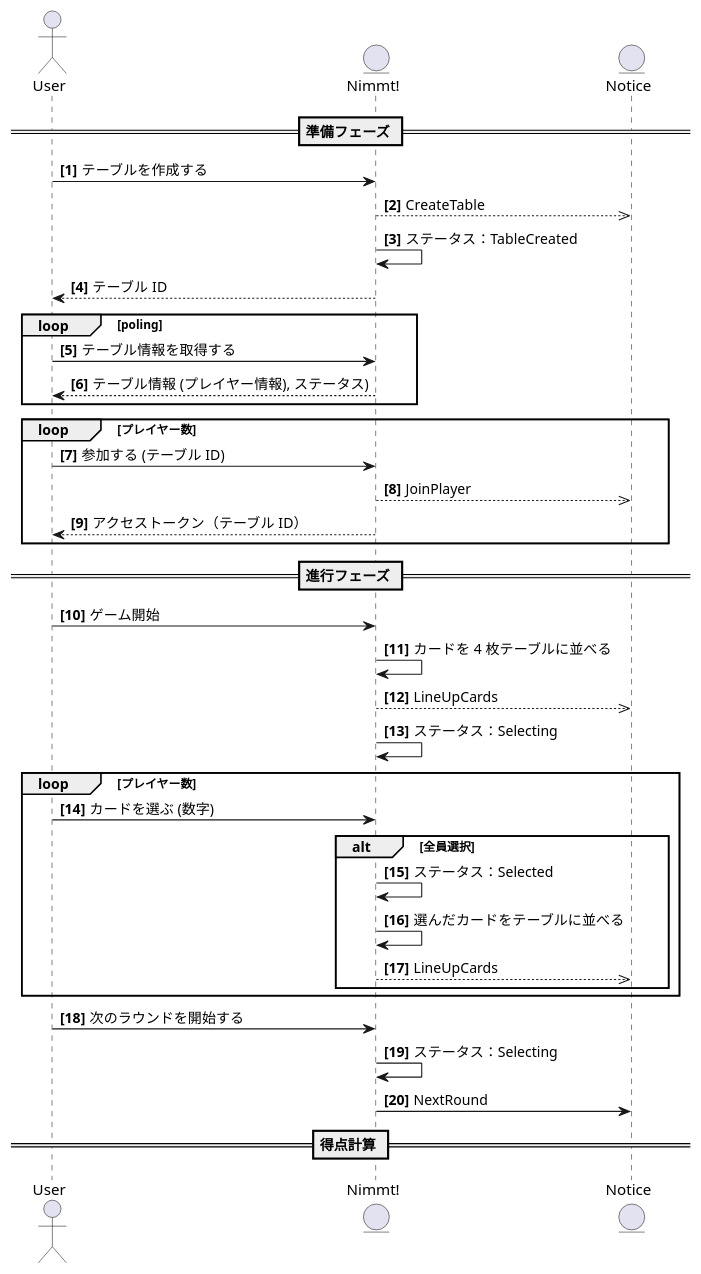
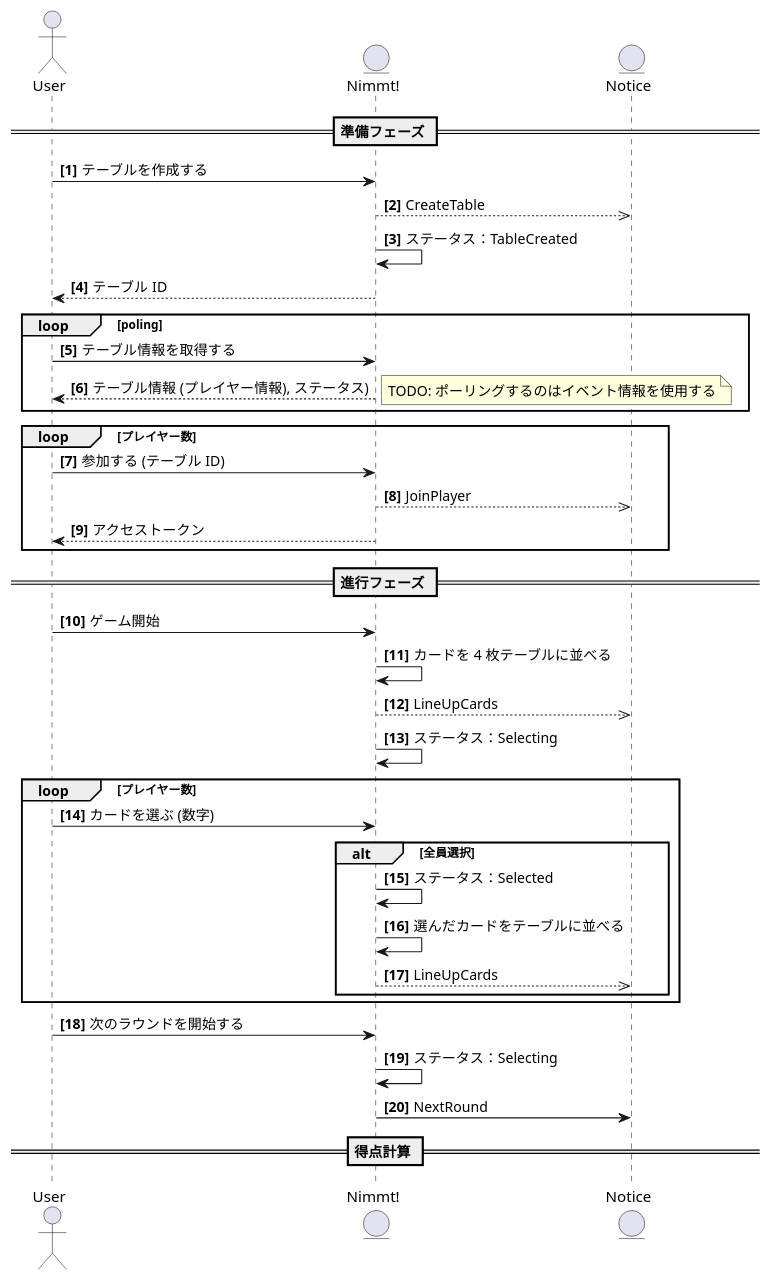
One commit to nimmt/service_api changed the diagram in docs/sequences/sequence.puml. Above: the diagram before and after it, drawn with PlantUML. The commit also changed 5 other files, not shown here.

```diff
--- a/docs/sequences/sequence.puml
+++ b/docs/sequences/sequence.puml
@@ -1,51 +1,54 @@
 @startuml nimmt
 
 actor User as user
 entity "Nimmt!" as nimmt
 entity Notice as notice
 
 autonumber "<b>[0]"
 
 == 準備フェーズ ==
 
 user -> nimmt: テーブルを作成する
 nimmt -->> notice: CreateTable
 nimmt -> nimmt: ステータス：TableCreated
 nimmt --> user: テーブル ID
 
 loop poling
   user -> nimmt: テーブル情報を取得する
   nimmt --> user: テーブル情報 (プレイヤー情報), ステータス)
+  note right
+  TODO: ポーリングするのはイベント情報を使用する
+  end note
 end
 
 loop プレイヤー数
   user -> nimmt: 参加する (テーブル ID)
   nimmt -->> notice: JoinPlayer
-  nimmt --> user: アクセストークン（テーブル ID）
+  nimmt --> user: アクセストークン
 end
 
 == 進行フェーズ ==
 
 user -> nimmt: ゲーム開始
 nimmt -> nimmt: カードを 4 枚テーブルに並べる
 nimmt -->> notice: LineUpCards
 nimmt -> nimmt: ステータス：Selecting
 
 loop プレイヤー数
   user -> nimmt: カードを選ぶ (数字)
 
   alt 全員選択
     nimmt -> nimmt: ステータス：Selected
 
     nimmt -> nimmt: 選んだカードをテーブルに並べる
     nimmt -->> notice: LineUpCards
   end
 end
 
 user -> nimmt: 次のラウンドを開始する
 nimmt -> nimmt: ステータス：Selecting
 nimmt -> notice: NextRound
 
 == 得点計算 ==
 
 @enduml
```
